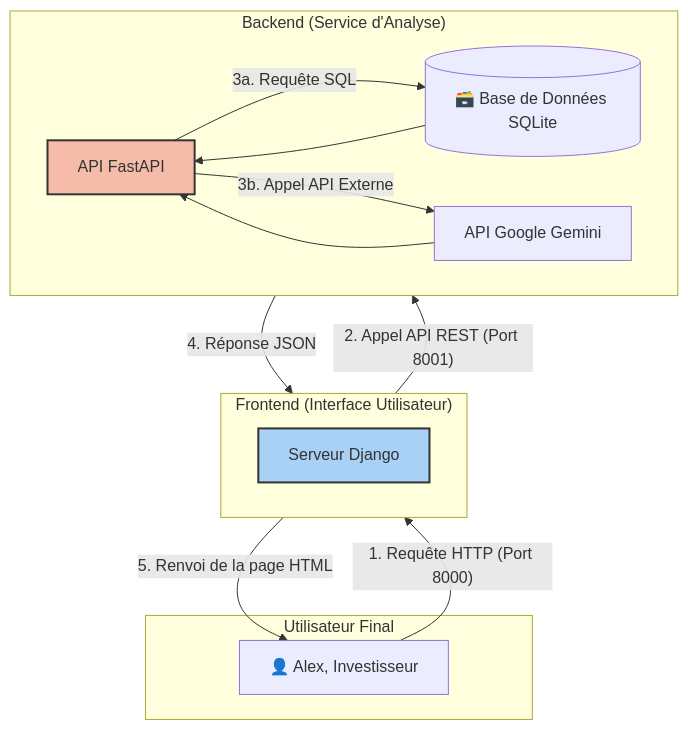
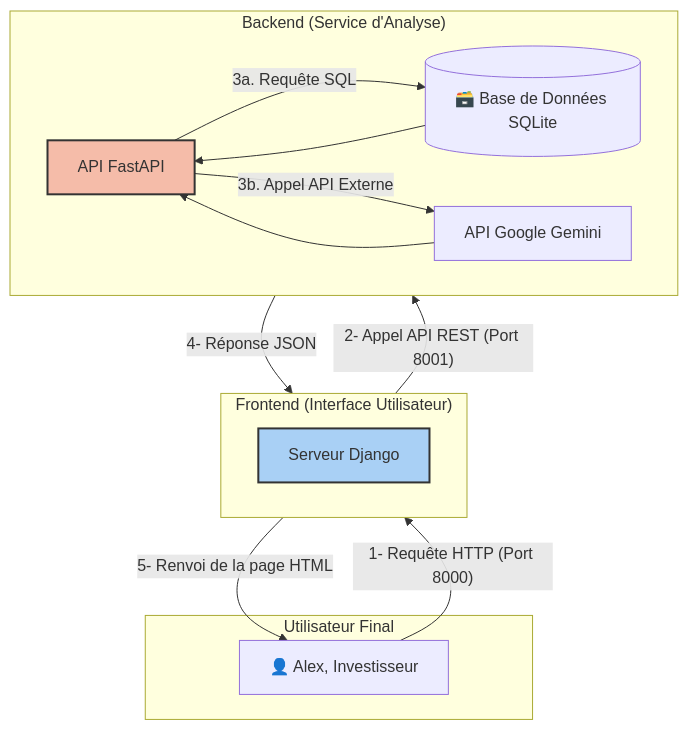
Before and after one commit to rida12b/Bitcoin_simplon: the diagram in README.md, drawn with Mermaid.

Commit message:
Correction Readme.md

````diff
--- a/README.md
+++ b/README.md
@@ -16,25 +16,25 @@
 ```mermaid
 graph TD;
     subgraph "Utilisateur Final"
         U[👤 Alex, Investisseur]
     end
 
     subgraph "Frontend (Interface Utilisateur)"
         direction LR
-        U -- "1. Requête HTTP (Port 8000)" --> D[Serveur Django];
-        D -- "5. Renvoi de la page HTML" --> U;
+        U -- "1- Requête HTTP (Port 8000)" --> D[Serveur Django];
+        D -- "5- Renvoi de la page HTML" --> U;
     end
 
     subgraph "Backend (Service d'Analyse)"
         direction LR
-        D -- "2. Appel API REST (Port 8001)" --> F[API FastAPI];
+        D -- "2- Appel API REST (Port 8001)" --> F[API FastAPI];
         F -- "3a. Requête SQL" --> DB[(🗃️ Base de Données SQLite)];
         DB -- " " --> F;
         F -- "3b. Appel API Externe" --> G[API Google Gemini];
         G -- " " --> F;
-        F -- "4. Réponse JSON" --> D;
+        F -- "4- Réponse JSON" --> D;
     end
 
     style D fill:#A9D0F5,stroke:#333,stroke-width:2px
     style F fill:#F5BCA9,stroke:#333,stroke-width:2px
 ```
````
